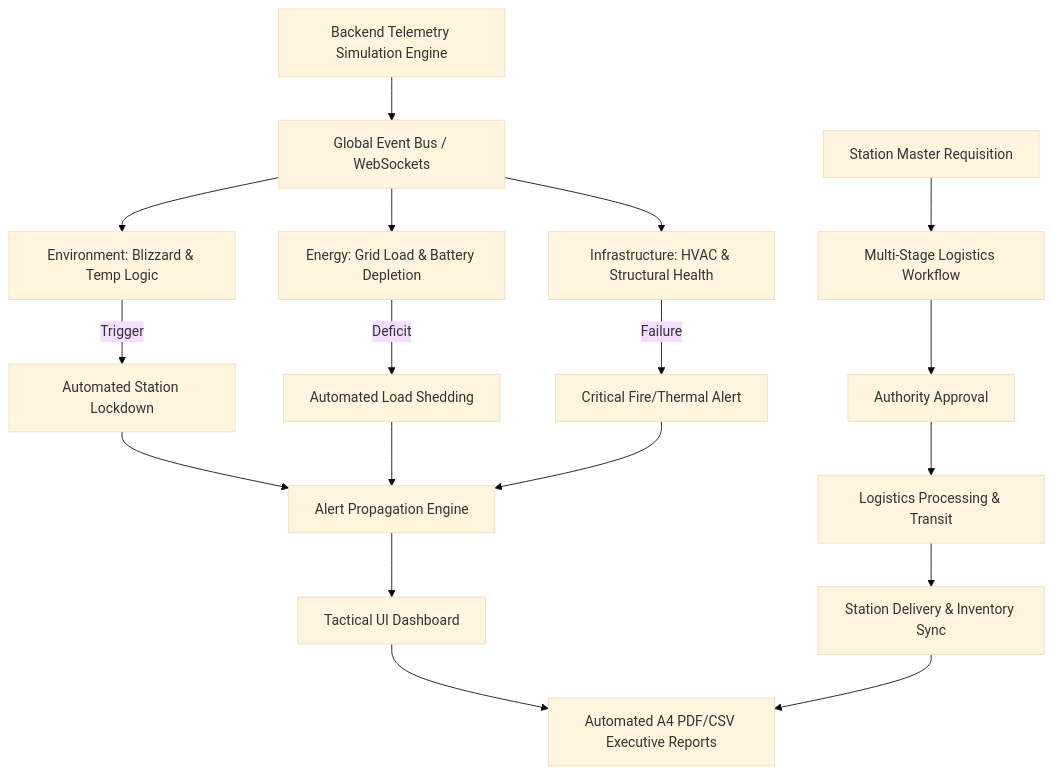
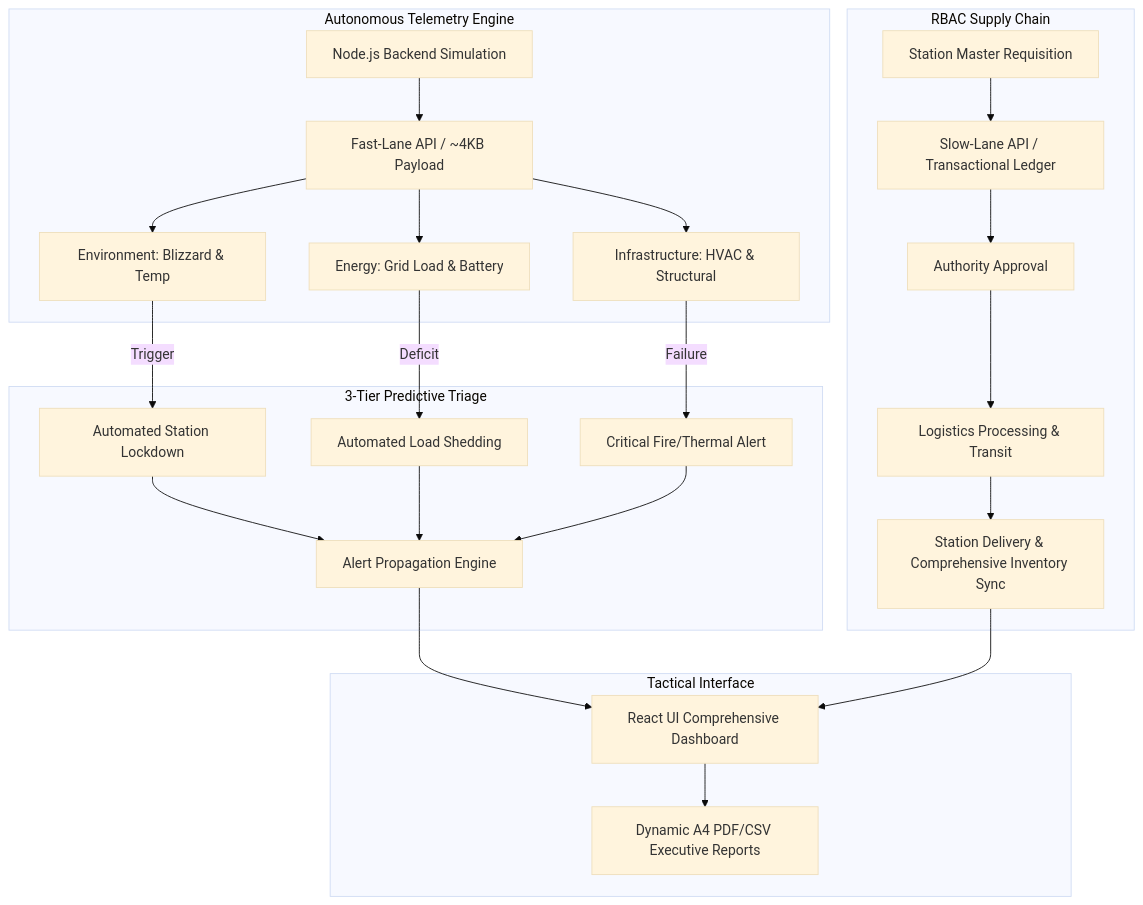
Before and after one commit to BPPIMTSIH26/SIH26060: the diagram in README.md, drawn with Mermaid (base theme). The commit also changed other lines of this file and 8 other files, not shown here.

````diff
--- a/README.md
+++ b/README.md
@@ -66,25 +69,32 @@
 ```mermaid
 flowchart TD
-    A[Backend Telemetry Simulation Engine] --> B[Global Event Bus / WebSockets]
-    B --> C[Environment: Blizzard & Temp Logic]
-    B --> D[Energy: Grid Load & Battery Depletion]
-    B --> E[Infrastructure: HVAC & Structural Health]
+    subgraph Simulation [Autonomous Telemetry Engine]
+        A[Node.js Backend Simulation] --> B[Fast-Lane API / ~4KB Payload]
+        B --> C[Environment: Blizzard & Temp]
+        B --> D[Energy: Grid Load & Battery]
+        B --> E[Infrastructure: HVAC & Structural]
+    end
     
-    C -->|Trigger| F[Automated Station Lockdown]
-    D -->|Deficit| G[Automated Load Shedding]
-    E -->|Failure| H[Critical Fire/Thermal Alert]
-    
-    F --> I[Alert Propagation Engine]
-    G --> I
-    H --> I
-    
-    I --> J[Tactical UI Dashboard]
-    
-    K[Station Master Requisition] --> L[Multi-Stage Logistics Workflow]
-    L --> M[Authority Approval]
-    M --> N[Logistics Processing & Transit]
-    N --> O[Station Delivery & Inventory Sync]
-    
-    J --> P[Automated A4 PDF/CSV Executive Reports]
-    O --> P
+    subgraph Triage [3-Tier Predictive Triage]
+        C -->|Trigger| F[Automated Station Lockdown]
+        D -->|Deficit| G[Automated Load Shedding]
+        E -->|Failure| H[Critical Fire/Thermal Alert]
+        
+        F --> I[Alert Propagation Engine]
+        G --> I
+        H --> I
+    end
+
+    subgraph Workflow [RBAC Supply Chain]
+        K[Station Master Requisition] --> S[Slow-Lane API / Transactional Ledger]
+        S --> L[Authority Approval]
+        L --> M[Logistics Processing & Transit]
+        M --> N[Station Delivery & Comprehensive Inventory Sync]
+    end
+
+    subgraph Command [Tactical Interface]
+        I --> J[React UI Comprehensive Dashboard]
+        N --> J
+        J --> O[Dynamic A4 PDF/CSV Executive Reports]
+    end
 ```
````
